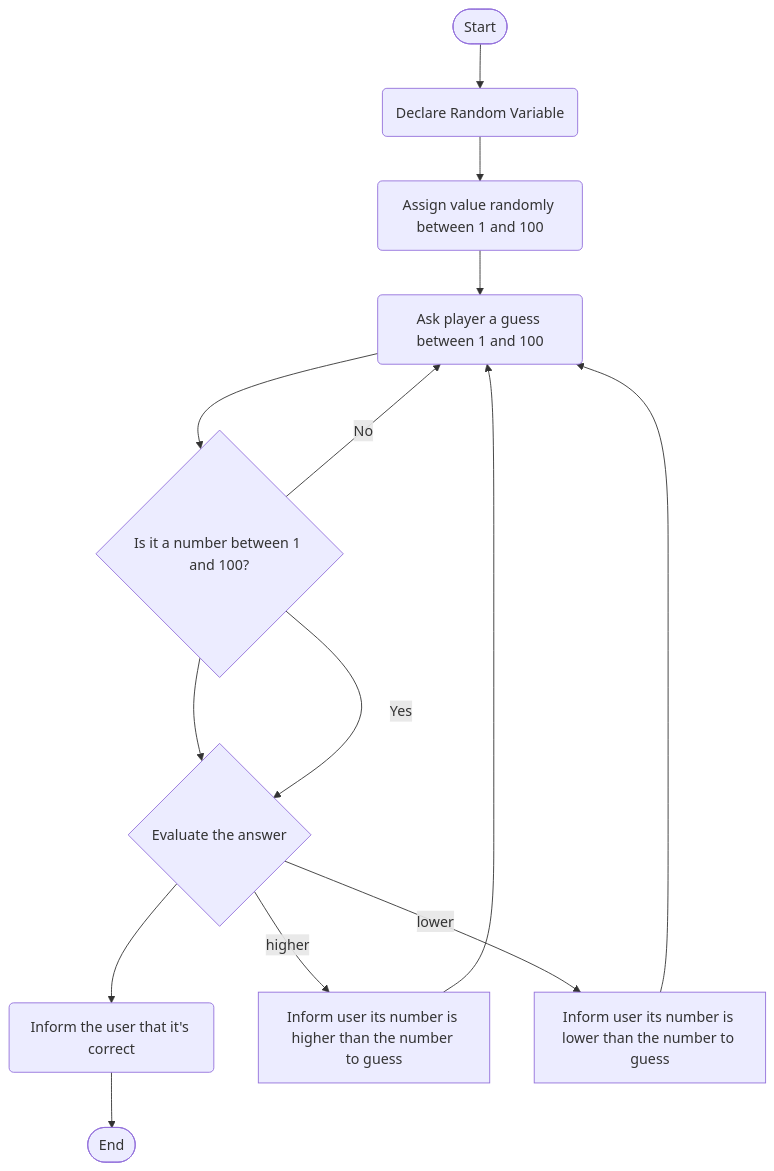
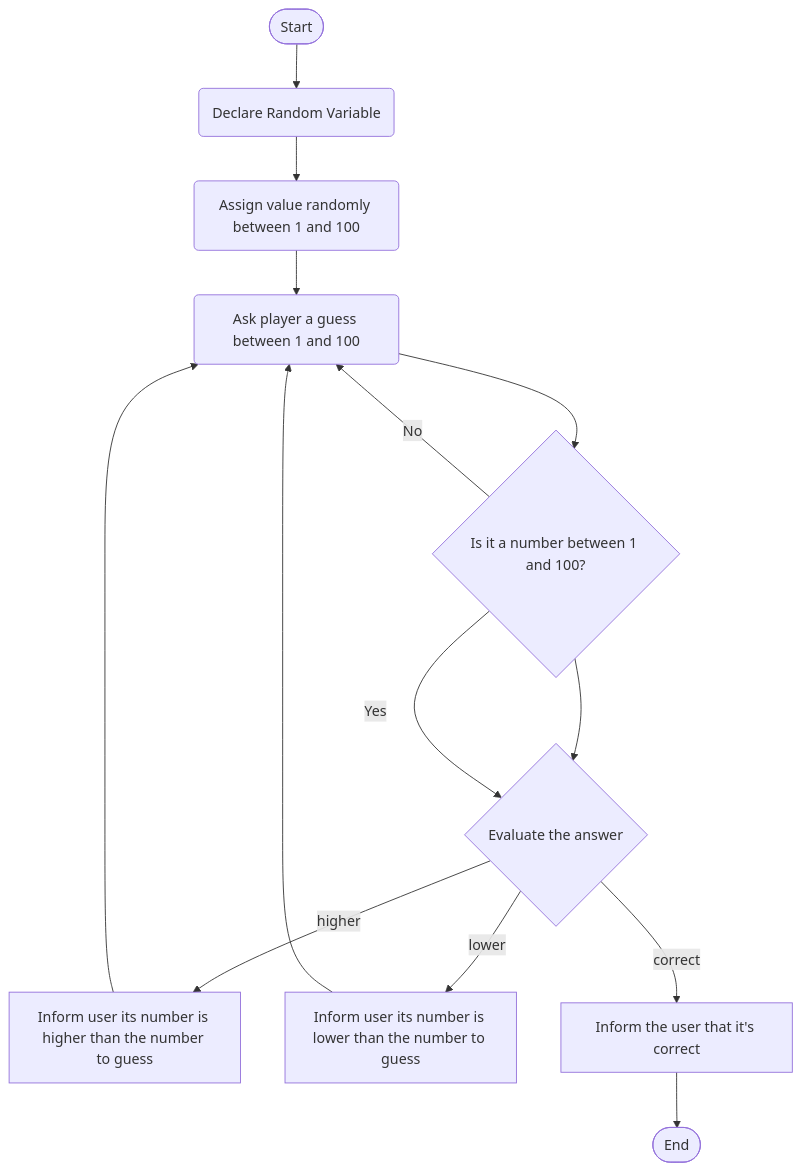
The diagram in Guessing.md (juansagarra/juansagarra.github.io), drawn with Mermaid before and after one commit.

````diff
--- a/Guessing.md
+++ b/Guessing.md
@@ -1,19 +1,23 @@
 ```mermaid
 flowchart TD
 
 
 
- Start([Start]) --> A(Declare Random Variable) --> B(Assign value randomly between 1 and 100) --> C(Ask player a guess between 1 and 100) --> Validation{Is it a number between 1 and 100?} --> Evaluation{Evaluate the answer} --> D(Inform the user that it's correct) --> End([End])
+ Start([Start]) --> A(Declare Random Variable) --> B(Assign value randomly between 1 and 100) --> C(Ask player a guess between 1 and 100) --> Validation{Is it a number between 1 and 100?} --> Evaluation{Evaluate the answer}  
 
 Validation --> |Yes| Evaluation
 Validation --> |No| C
 
 Evaluation --> |higher| E[Inform user its number is higher than the number to guess]
 Evaluation --> |lower| F[Inform user its number is lower than the number to guess]
+Evaluation --> |correct| G[Inform the user that it's correct]
+
+G --> End([End])
+
 
 E --> C
 F --> C
 
 
 
 ```
````
